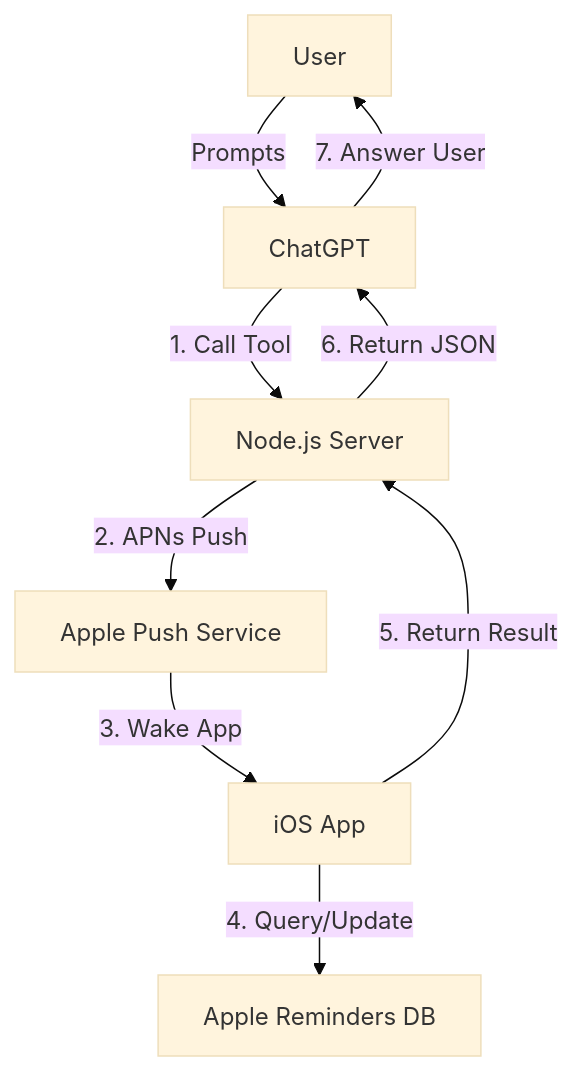
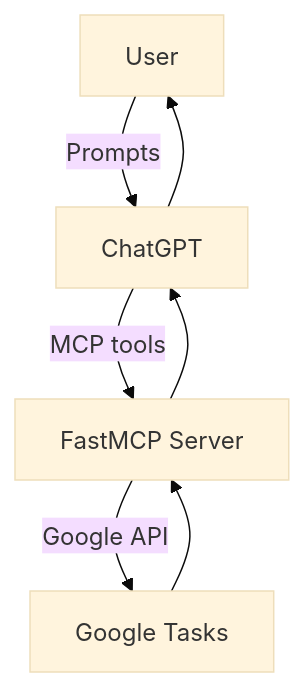
The diagram in README.md (ethanabrooks/reminders-app), drawn with Mermaid (base theme) before and after one commit. The commit also changed other lines of this file and 60 other files, not shown here.

````diff
--- a/README.md
+++ b/README.md
@@ -7,11 +7,7 @@
 ```mermaid
 graph TD
     User[User] -->|Prompts| GPT[ChatGPT]
-    GPT -->|1. Call Tool| Server[Node.js Server]
-    Server -->|2. APNs Push| APNs[Apple Push Service]
-    APNs -->|3. Wake App| iOS[iOS App]
-    iOS -->|4. Query/Update| Reminders[Apple Reminders DB]
-    iOS -->|5. Return Result| Server
-    Server -->|6. Return JSON| GPT
-    GPT -->|7. Answer User| User
+    GPT -->|MCP tools| MCP[FastMCP Server]
+    MCP -->|Google API| Tasks[Google Tasks]
+    Tasks --> MCP --> GPT --> User
 ```
````
